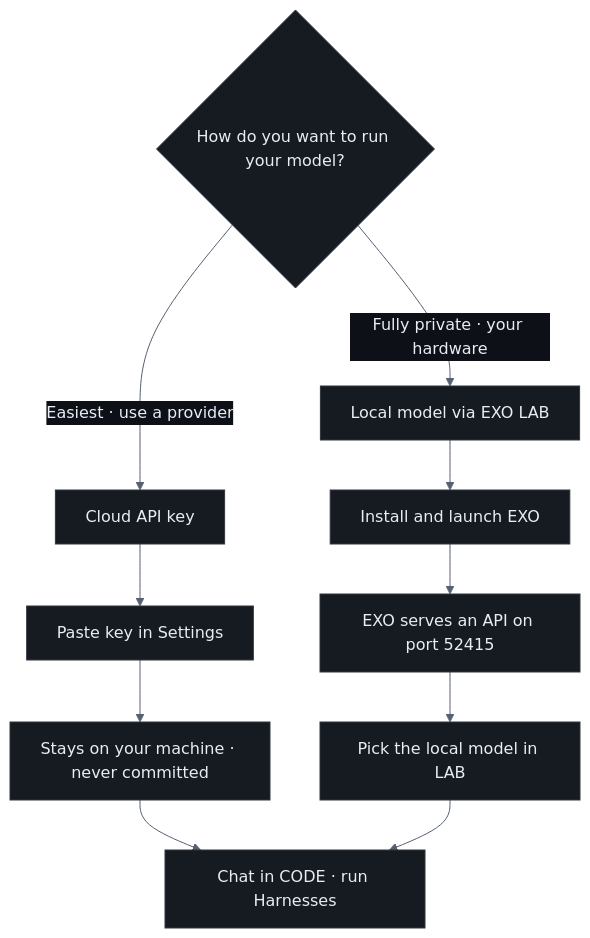
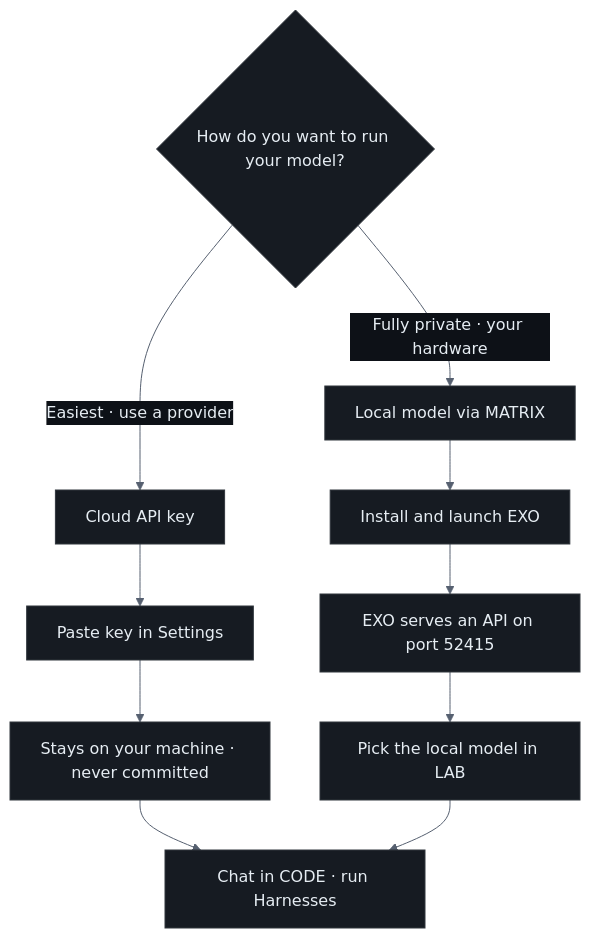
Before and after one commit to devclone20/cloneframe_app_executable: the third of 8 diagrams in docs/CONNECT.md, drawn with Mermaid. The commit also changed other lines of this file and 3 other files, not shown here.

````diff
--- a/docs/CONNECT.md
+++ b/docs/CONNECT.md
@@ -152,14 +152,14 @@
 ```mermaid
 %%{init: {'theme':'base','themeVariables':{'background':'#0d1117','mainBkg':'#161b22','primaryColor':'#161b22','primaryBorderColor':'#ff3b30','primaryTextColor':'#e6edf3','nodeBorder':'#30363d','nodeTextColor':'#e6edf3','lineColor':'#566070','secondaryColor':'#161b22','tertiaryColor':'#0d1117','clusterBkg':'#10151c','clusterBorder':'#30363d','titleColor':'#e6edf3','edgeLabelBackground':'#0d1117','fontFamily':'ui-monospace, SFMono-Regular, Menlo, monospace','actorBkg':'#161b22','actorBorder':'#ff3b30','actorTextColor':'#e6edf3','signalColor':'#8b949e','signalTextColor':'#c9d1d9','labelBoxBkgColor':'#161b22','labelBoxBorderColor':'#30363d','labelTextColor':'#e6edf3','loopTextColor':'#e6edf3','noteBkgColor':'#1c2028','noteBorderColor':'#e8b86d','noteTextColor':'#c9d1d9','activationBkgColor':'#30363d','activationBorderColor':'#8b949e','sequenceNumberColor':'#0d1117'}}}%%
 flowchart TD
   Q{"How do you want to run your model?"}
   Q -->|"Easiest · use a provider"| Cloud["Cloud API key"]
-  Q -->|"Fully private · your hardware"| Local["Local model via EXO LAB"]
+  Q -->|"Fully private · your hardware"| Local["Local model via MATRIX"]
   Cloud --> C1["Paste key in Settings"]
   C1 --> C2["Stays on your machine · never committed"]
   C2 --> Ready["Chat in CODE · run Harnesses"]
   Local --> L1["Install and launch EXO"]
   L1 --> L2["EXO serves an API on port 52415"]
   L2 --> L3["Pick the local model in LAB"]
   L3 --> Ready
 ```
````
